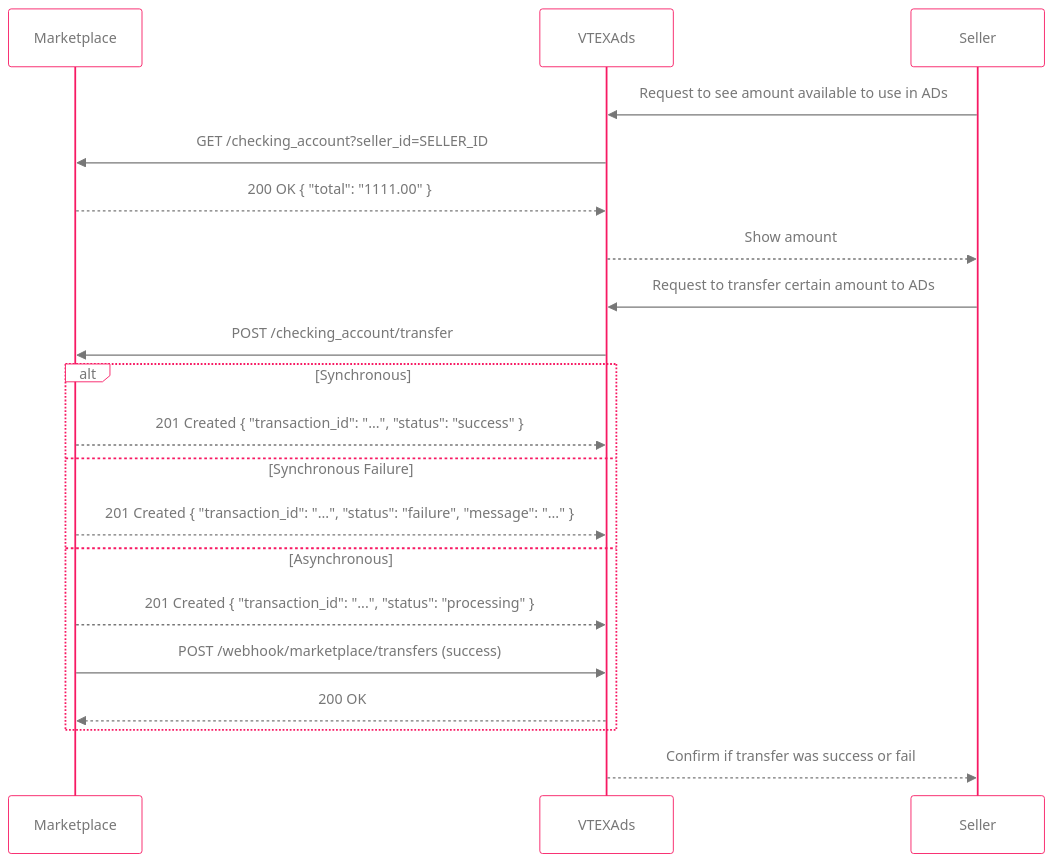
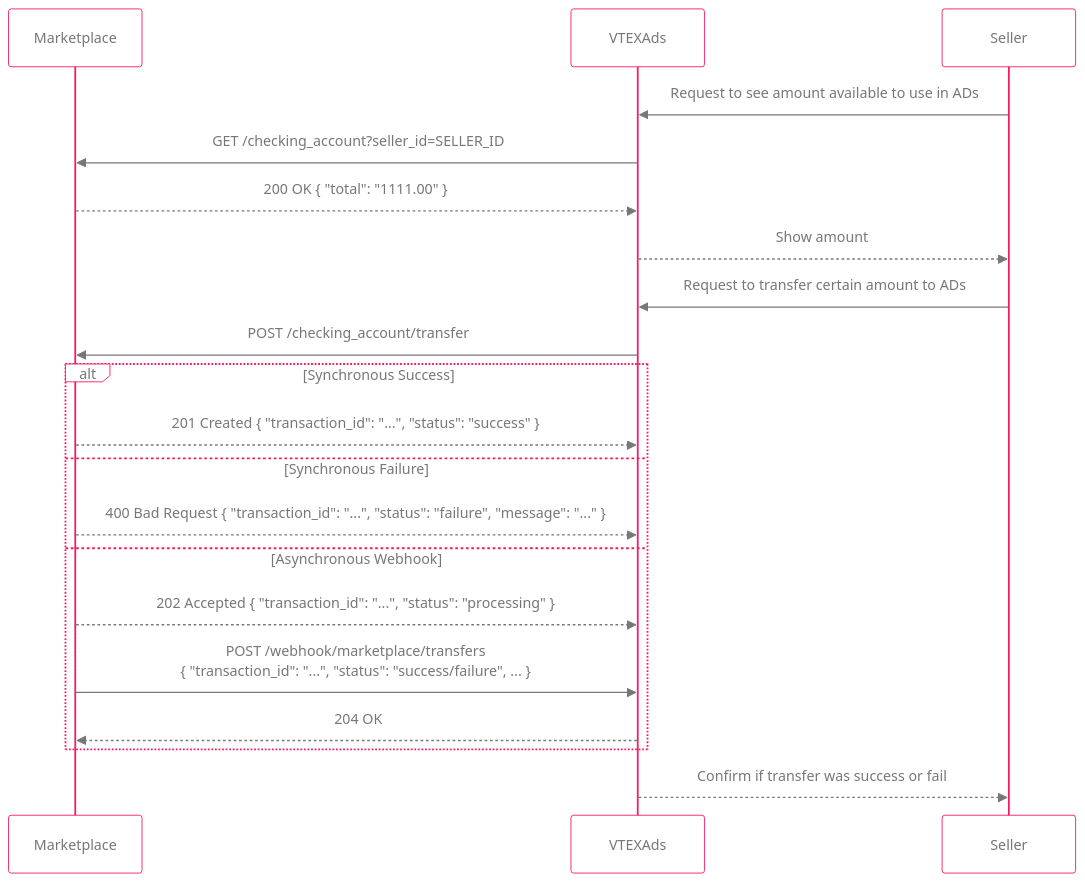
The diagram in diagrams/mermaid/credit-transfer.mmd (vtex/vtexads-api-docs), drawn with Mermaid before and after one commit. The commit also changed 4 other files, not shown here.

```diff
--- a/diagrams/mermaid/credit-transfer.mmd
+++ b/diagrams/mermaid/credit-transfer.mmd
@@ -1,34 +1,34 @@
 %%{
   init: {
     "theme": "base",
     "themeVariables": {
         "primaryColor": "#FFF",
         "primaryBorderColor": "#F71963",
         "lineColor": "#F71963",
         "textColor": "#777",
         "actorTextColor": "#777"
     }
   }
 }%%
 sequenceDiagram
     participant Marketplace
     participant VTEXAds
     participant Seller
 
     Seller->>VTEXAds: Request to see amount available to use in ADs
     VTEXAds->>Marketplace: GET /checking_account?seller_id=SELLER_ID
     Marketplace-->>VTEXAds: 200 OK { "total": "1111.00" }
     VTEXAds-->>Seller: Show amount
 
     Seller->>VTEXAds: Request to transfer certain amount to ADs
     VTEXAds->>Marketplace: POST /checking_account/transfer
-    alt Synchronous
+    alt Synchronous Success
         Marketplace-->>VTEXAds: 201 Created { "transaction_id": "...", "status": "success" }
     else Synchronous Failure
-        Marketplace-->>VTEXAds: 201 Created { "transaction_id": "...", "status": "failure", "message": "..." }
-    else Asynchronous
-        Marketplace-->>VTEXAds: 201 Created { "transaction_id": "...", "status": "processing" }
-        Marketplace->>VTEXAds: POST /webhook/marketplace/transfers (success)
-        VTEXAds-->>Marketplace: 200 OK
+        Marketplace-->>VTEXAds: 400 Bad Request { "transaction_id": "...", "status": "failure", "message": "..." }
+    else Asynchronous Webhook
+        Marketplace-->>VTEXAds: 202 Accepted { "transaction_id": "...", "status": "processing" }
+        Marketplace->>VTEXAds: POST /webhook/marketplace/transfers <br/>{ "transaction_id": "...", "status": "success/failure", ... }
+        VTEXAds-->>Marketplace: 204 OK
     end
     VTEXAds-->>Seller: Confirm if transfer was success or fail
```
